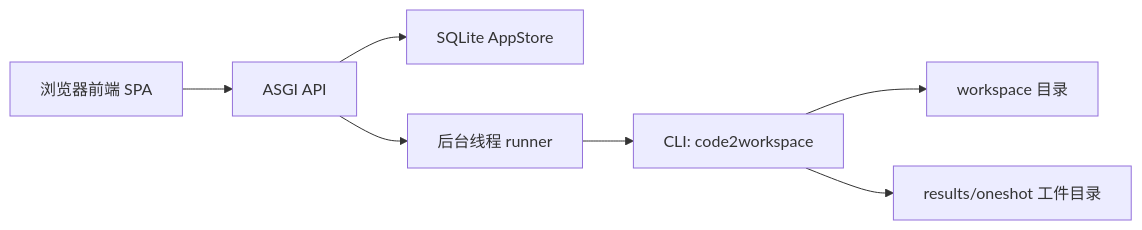
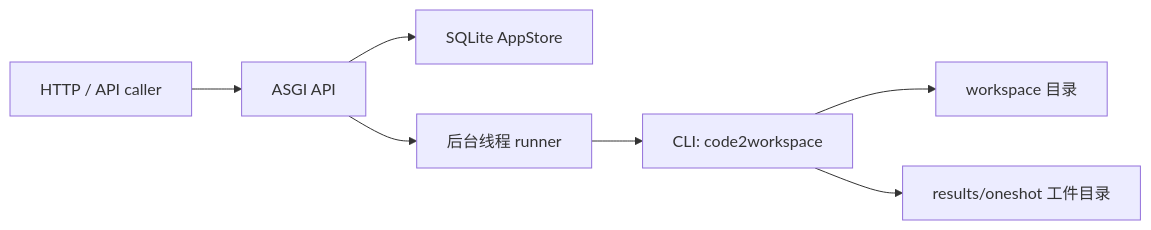
The third of 8 diagrams in experiments/harness/THESIS_FULL_DRAFT_ZH.md (zhang-pei-feng/code2workspace), drawn with Mermaid before and after one commit. The commit also changed other lines of this file and 12 other files, not shown here.

````diff
--- a/experiments/harness/THESIS_FULL_DRAFT_ZH.md
+++ b/experiments/harness/THESIS_FULL_DRAFT_ZH.md
@@ -287,9 +335,9 @@
 ```mermaid
 flowchart LR
-    A[浏览器前端 SPA] --> B[ASGI API]
+    A[HTTP / API caller] --> B[ASGI API]
     B --> C[SQLite AppStore]
     B --> D[后台线程 runner]
     D --> E[CLI: code2workspace]
     E --> F[workspace 目录]
     E --> G[results/oneshot 工件目录]
 ```
````
